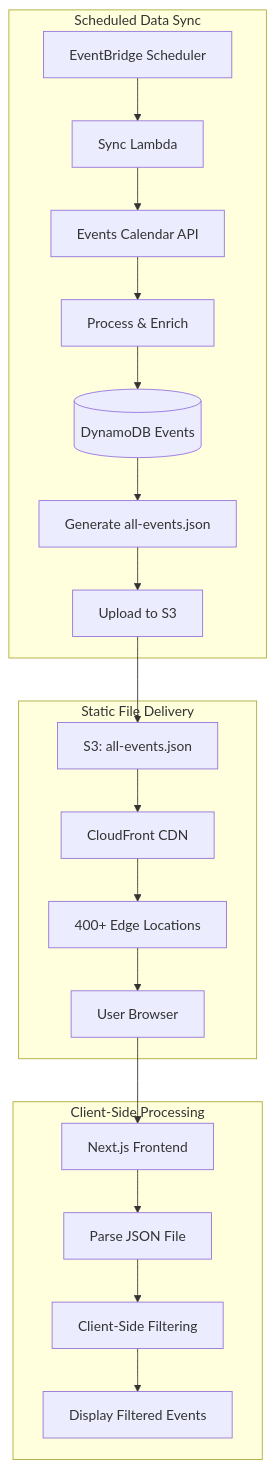
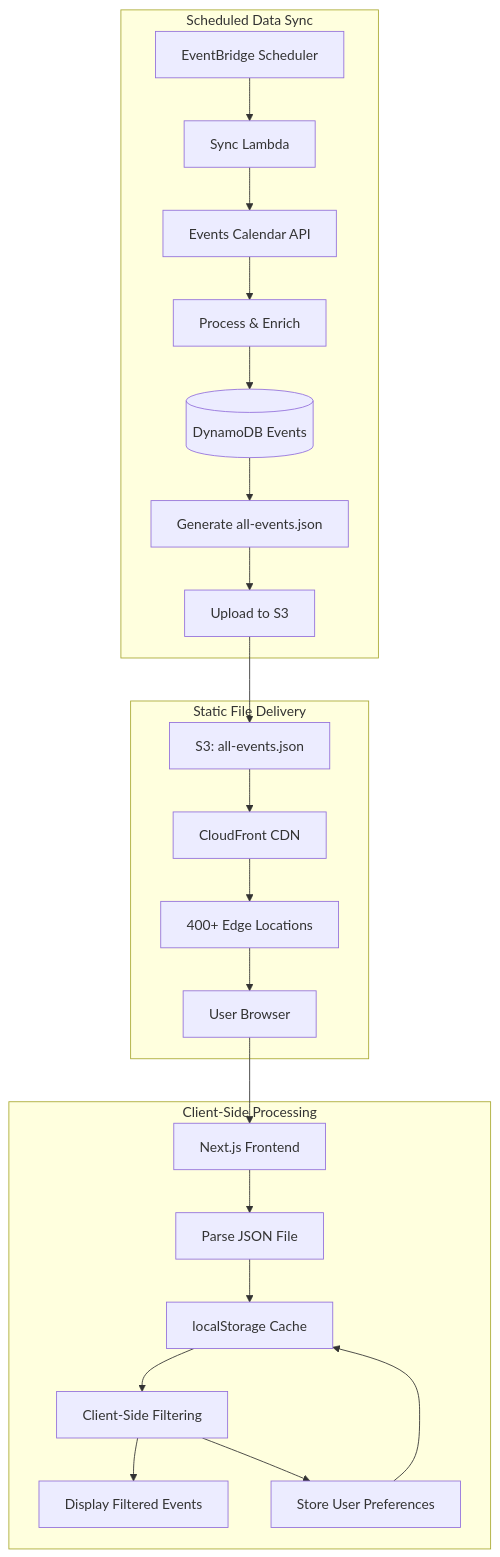
Before and after one commit to bbernstein/chq-calendar: the second of 3 diagrams in docs/DESIGN.md, drawn with Mermaid. The commit also changed other lines of this file, not shown here.

First line of the commit message:
Document localStorage and offline-first architecture features

````diff
--- a/docs/DESIGN.md
+++ b/docs/DESIGN.md
@@ -481,25 +491,28 @@
 ```mermaid
 graph TB
     subgraph Scheduled[Scheduled Data Sync]
         EventBridge[EventBridge Scheduler] --> SyncLambda[Sync Lambda]
         SyncLambda --> EventsAPI[Events Calendar API]
         EventsAPI --> ProcessData[Process & Enrich]
         ProcessData --> DynamoDB[(DynamoDB Events)]
         DynamoDB --> GenerateFile[Generate all-events.json]
         GenerateFile --> UploadS3[Upload to S3]
     end
 
     subgraph StaticDelivery[Static File Delivery]
         UploadS3 --> S3File[S3: all-events.json]
         S3File --> CloudFront[CloudFront CDN]
         CloudFront --> EdgeCache[400+ Edge Locations]
         EdgeCache --> UserBrowser[User Browser]
     end
 
     subgraph ClientSide[Client-Side Processing]
         UserBrowser --> NextJS[Next.js Frontend]
         NextJS --> ParseJSON[Parse JSON File]
-        ParseJSON --> ClientFilter[Client-Side Filtering]
+        ParseJSON --> LocalStorage[localStorage Cache]
+        LocalStorage --> ClientFilter[Client-Side Filtering]
         ClientFilter --> DisplayEvents[Display Filtered Events]
+        ClientFilter --> StateStorage[Store User Preferences]
+        StateStorage --> LocalStorage
     end
 ```
````
